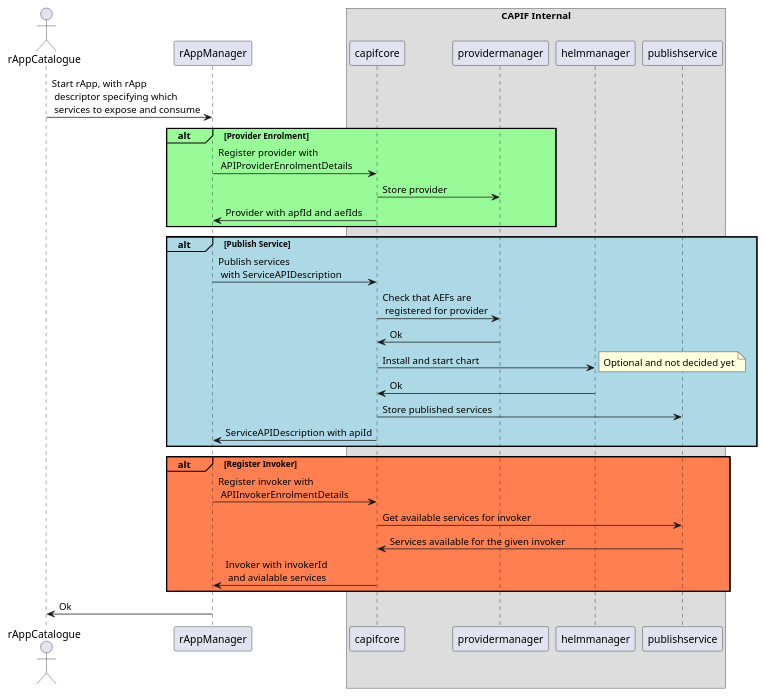
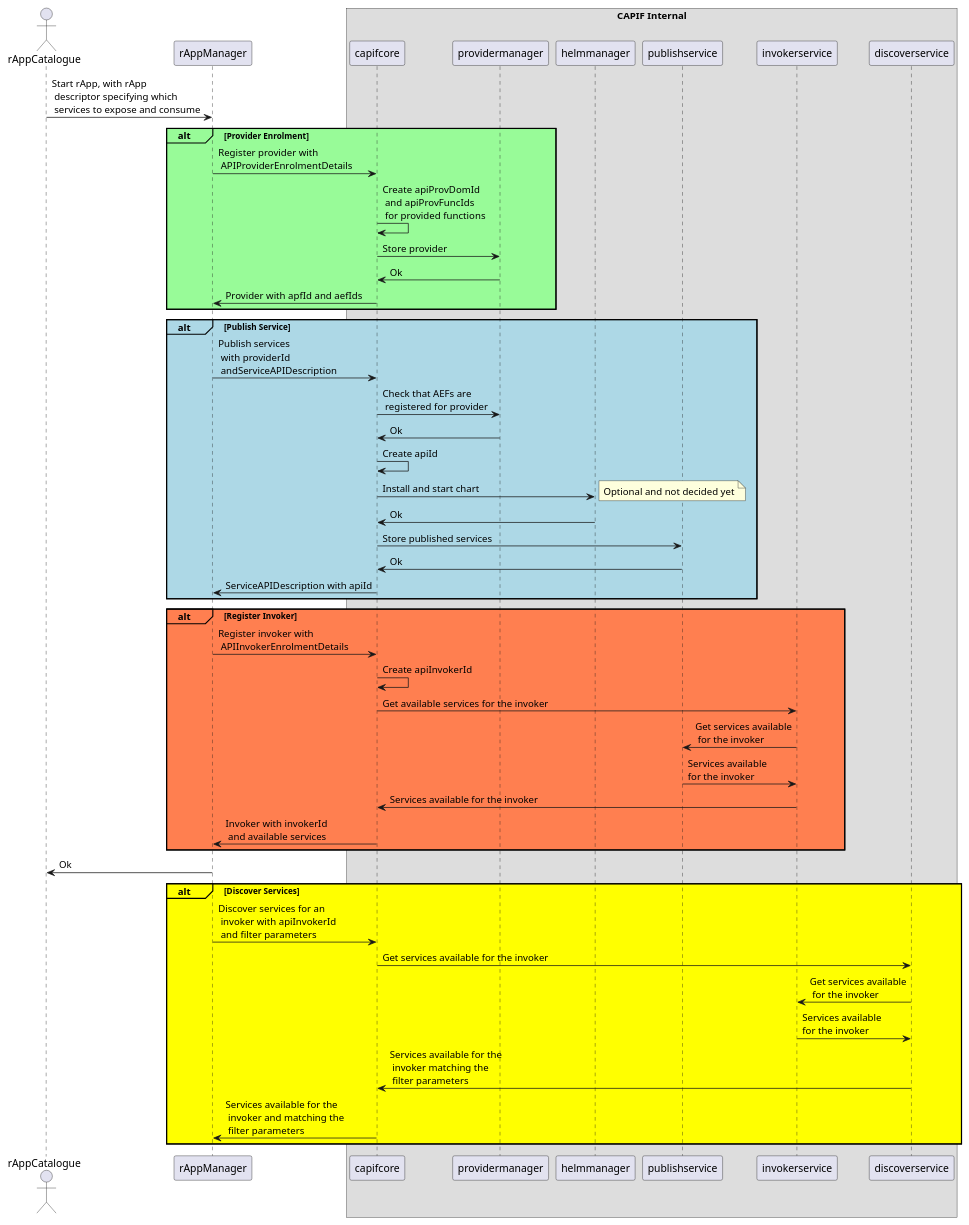
Before and after one commit to o-ran-sc/nonrtric-plt-sme: the diagram in capifcore/docs/diagrams/registerpoviderandpublishservice.plantuml, drawn with PlantUML. The commit also changed 4 other files, not shown here.

```diff
--- a/capifcore/docs/diagrams/registerpoviderandpublishservice.plantuml
+++ b/capifcore/docs/diagrams/registerpoviderandpublishservice.plantuml
@@ -1,35 +1,52 @@
 @startuml Register Provider
 actor rAppCatalogue
 participant rAppManager
 box "CAPIF Internal"
 participant capifcore
 participant providermanager
 participant helmmanager
 participant publishservice
+participant invokerservice
+participant discoverservice
 end box
 
 rAppCatalogue->rAppManager: Start rApp, with rApp\n descriptor specifying which\n services to expose and consume
 alt#paleGreen #paleGreen Provider Enrolment
     rAppManager->capifcore: Register provider with\n APIProviderEnrolmentDetails
+    capifcore->capifcore: Create apiProvDomId\n and apiProvFuncIds\n for provided functions
     capifcore->providermanager:Store provider
+    providermanager->capifcore: Ok
     capifcore->rAppManager: Provider with apfId and aefIds
 end
 alt#LightBlue #LightBlue Publish Service
-    rAppManager->capifcore: Publish services\n with ServiceAPIDescription
+    rAppManager->capifcore: Publish services\n with providerId\n andServiceAPIDescription
     capifcore->providermanager: Check that AEFs are\n registered for provider
     providermanager->capifcore: Ok
+    capifcore->capifcore: Create apiId
     capifcore->helmmanager: Install and start chart
     note right: Optional and not decided yet
     helmmanager->capifcore: Ok
     capifcore->publishservice: Store published services
+    publishservice->capifcore: Ok
     capifcore->rAppManager: ServiceAPIDescription with apiId
 end
 alt#coral #coral Register Invoker
     rAppManager->capifcore: Register invoker with\n APIInvokerEnrolmentDetails
-    capifcore->publishservice:Get available services for invoker
-    publishservice->capifcore: Services available for the given invoker
-    capifcore->rAppManager: Invoker with invokerId\n and avialable services
+    capifcore->capifcore: Create apiInvokerId
+    capifcore->invokerservice:Get available services for the invoker
+    invokerservice->publishservice: Get services available\n for the invoker
+    publishservice->invokerservice: Services available \nfor the invoker
+    invokerservice->capifcore: Services available for the invoker
+    capifcore->rAppManager: Invoker with invokerId\n and available services
 end
 rAppManager->rAppCatalogue: Ok
 
+alt#Yellow #Yellow Discover Services
+    rAppManager->capifcore: Discover services for an\n invoker with apiInvokerId\n and filter parameters
+    capifcore->discoverservice: Get services available for the invoker
+    discoverservice->invokerservice: Get services available\n for the invoker
+    invokerservice->discoverservice: Services available \nfor the invoker
+    discoverservice->capifcore: Services available for the\n invoker matching the\n filter parameters
+    capifcore->rAppManager: Services available for the\n invoker and matching the\n filter parameters
+end
 @enduml
```
